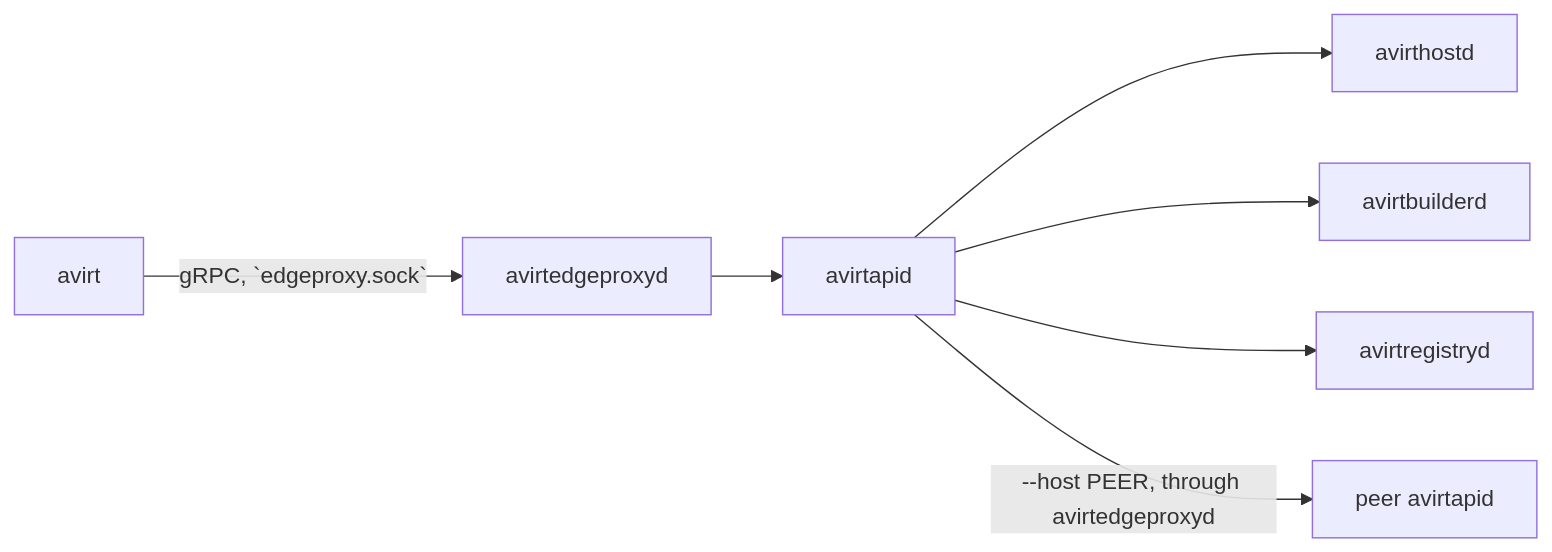
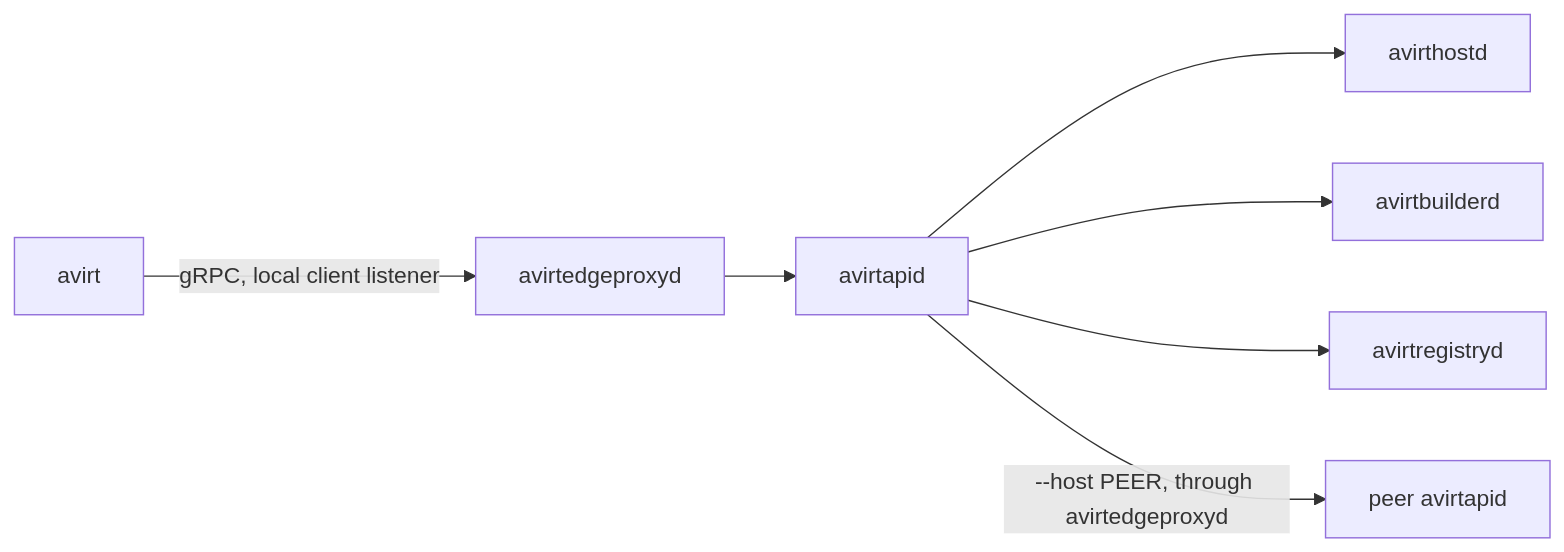
The second of 2 diagrams in docs/operator-cli.md (tbhb-dev/avirt), drawn with Mermaid before and after one commit. The commit also changed other lines of this file and 31 other files, not shown here.

````diff
--- a/docs/operator-cli.md
+++ b/docs/operator-cli.md
@@ -85,9 +85,9 @@
 ```mermaid
 flowchart LR
-    cli["avirt"] -->|"gRPC, `edgeproxy.sock`"| fd["avirtedgeproxyd"]
+    cli["avirt"] -->|"gRPC, local client listener"| fd["avirtedgeproxyd"]
     fd --> proxyd["avirtapid"]
     proxyd --> hostd["avirthostd"]
     proxyd --> builderd["avirtbuilderd"]
     proxyd --> registryd["avirtregistryd"]
     proxyd -->|"--host PEER, through avirtedgeproxyd"| peer["peer avirtapid"]
 ```
````
